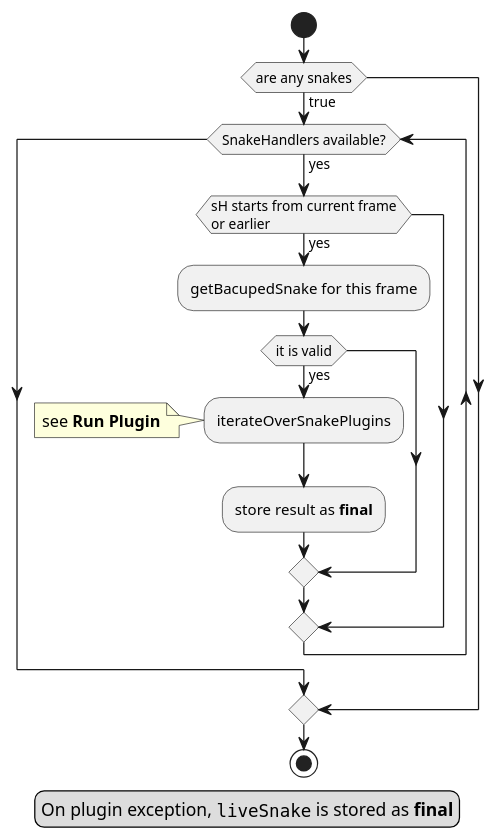
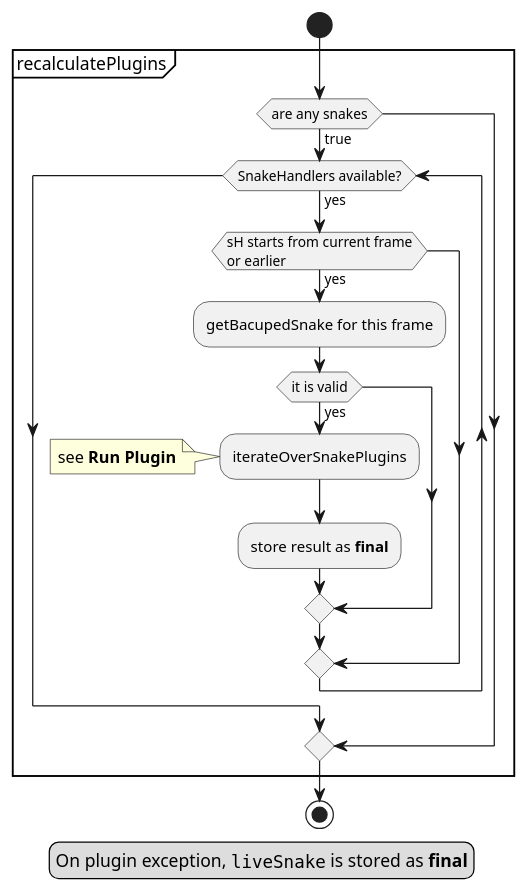
Before and after one commit to CellDynamics/QuimP: the ninth of 11 diagrams in Doxygen_doc/SnakePlugin.md, drawn with PlantUML. The commit also changed other lines of this file and 2 other files, not shown here.

```diff
--- a/Doxygen_doc/SnakePlugin.md
+++ b/Doxygen_doc/SnakePlugin.md
@@ -402,19 +416,21 @@
 @startuml
 start
+partition recalculatePlugins {
 if (are any snakes) then (true)
 while (SnakeHandlers available?) is (yes)
     if (sH starts from current frame\nor earlier) then (yes)
     :getBacupedSnake for this frame;
     if (it is valid) then (yes)
         :iterateOverSnakePlugins;
         note left: see **Run Plugin**
         :store result as **final**;
     endif
     endif
 end while
 endif
+}
 stop
 legend
 On plugin exception, ""liveSnake"" is stored as **final**
 end legend
 @enduml
```
